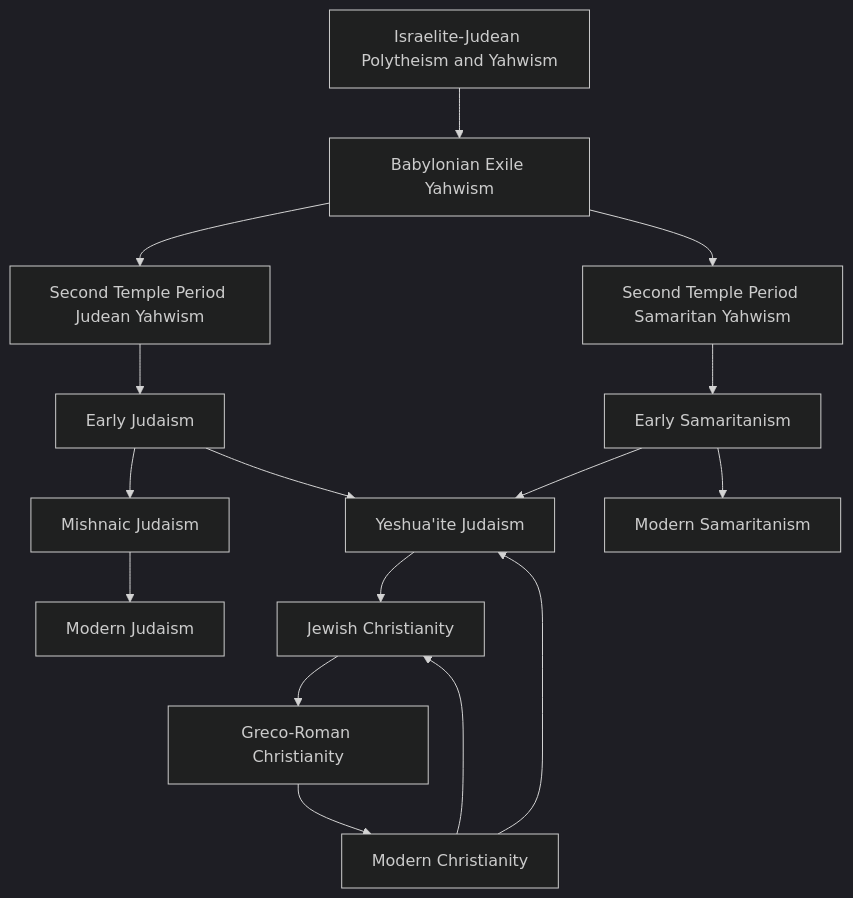
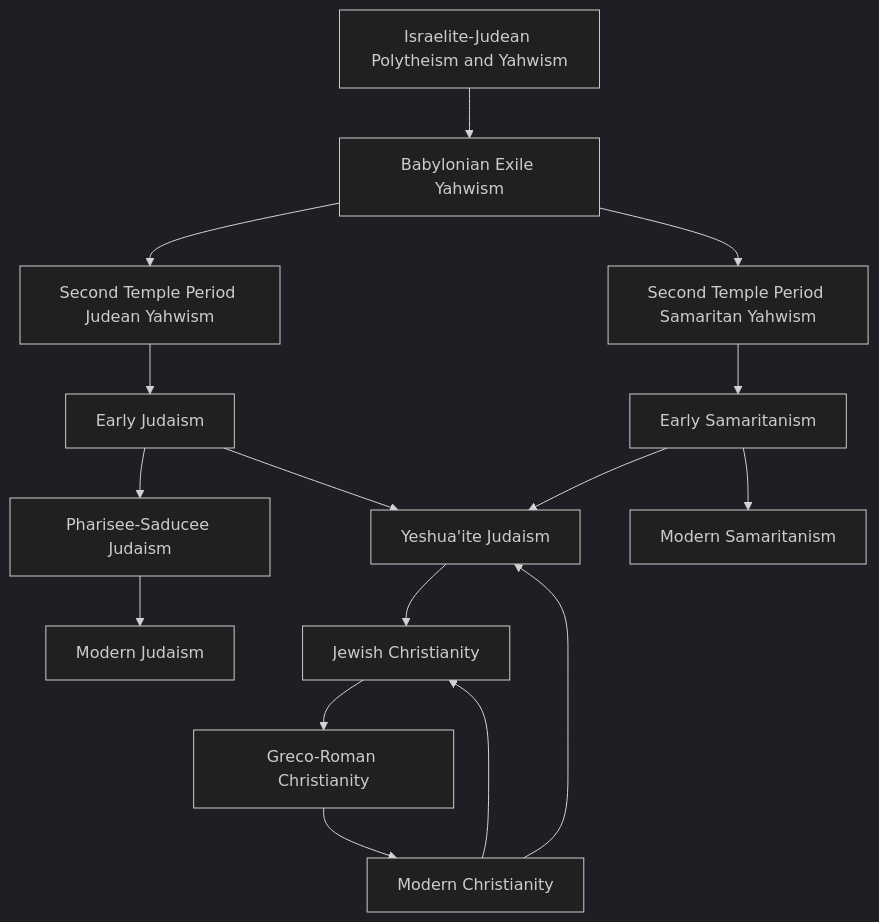
One commit to bendqh1/mermaid changed the diagram in religion/emergence_of_judaism_and_samaritanism.mermaid. Above: the diagram before and after it, drawn with Mermaid (dark theme).

```diff
--- a/religion/emergence_of_judaism_and_samaritanism.mermaid
+++ b/religion/emergence_of_judaism_and_samaritanism.mermaid
@@ -1,20 +1,20 @@
 flowchart TD
     A1[Israelite-Judean Polytheism and Yahwism]
     A1 --> A2[Babylonian Exile Yahwism]
     A2 --> A3[Second Temple Period Judean Yahwism] 
     A2 --> A4[Second Temple Period Samaritan Yahwism]
 
     A3 --> B1[Early Judaism]
     A4 --> B2[Early Samaritanism]
 
-    B1 --> C1[Mishnaic Judaism]
+    B1 --> C1[Pharisee-Saducee Judaism]
     B1 & B2 --> C2[Yeshua'ite Judaism]
 
     C1 --> D1[Modern Judaism]
     B2 --> D2[Modern Samaritanism]
     
     C2 --> XX1[Jewish Christianity]
     XX1 --> XX2[Greco-Roman Christianity]
     XX2 --> XX3[Modern Christianity]
 
     XX3 --> C2 & XX1
```
